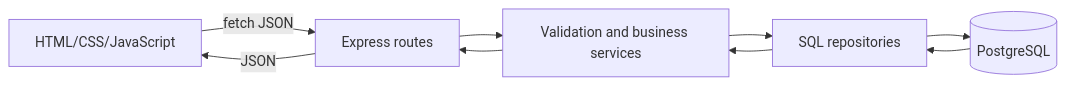
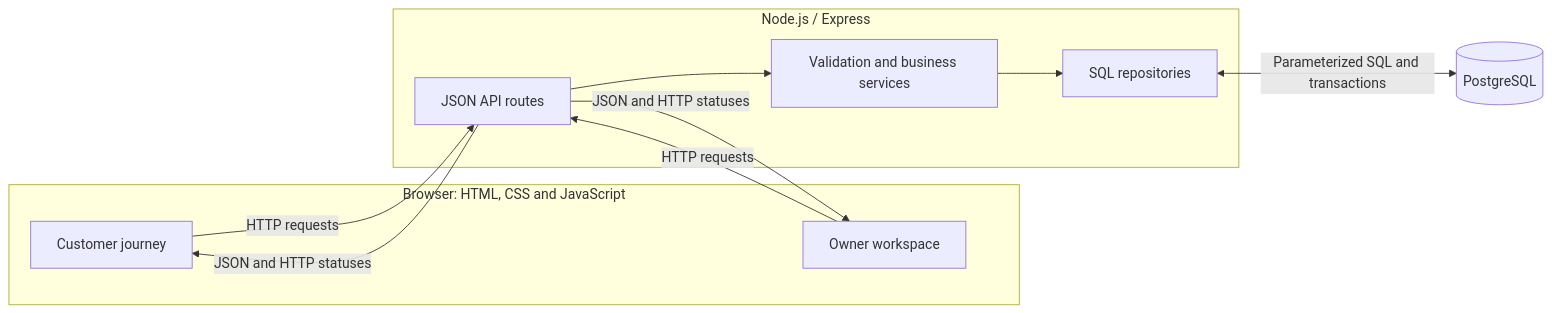
Before and after one commit to Frannaaa/slotdrop-gc2: the first of 2 diagrams in docs/system.md, drawn with Mermaid. The commit also changed other lines of this file and 15 other files, not shown here.

````diff
--- a/docs/system.md
+++ b/docs/system.md
@@ -3,11 +5,20 @@
 ```mermaid
 flowchart LR
-  Browser[HTML/CSS/JavaScript] -->|fetch JSON| API[Express routes]
-  API --> Services[Validation and business services]
-  Services --> Data[SQL repositories]
-  Data --> DB[(PostgreSQL)]
-  DB --> Data
-  Data --> Services
-  Services --> API
-  API -->|JSON| Browser
+  subgraph Browser["Browser: HTML, CSS and JavaScript"]
+    Customer["Customer journey"]
+    Owner["Owner workspace"]
+  end
+  subgraph Server["Node.js / Express"]
+    API["JSON API routes"]
+    Rules["Validation and business services"]
+    Repo["SQL repositories"]
+  end
+  DB[("PostgreSQL")]
+  Customer -->|"HTTP requests"| API
+  Owner -->|"HTTP requests"| API
+  API --> Rules
+  Rules --> Repo
+  Repo <-->|"Parameterized SQL and transactions"| DB
+  API -->|"JSON and HTTP statuses"| Customer
+  API -->|"JSON and HTTP statuses"| Owner
 ```
````
